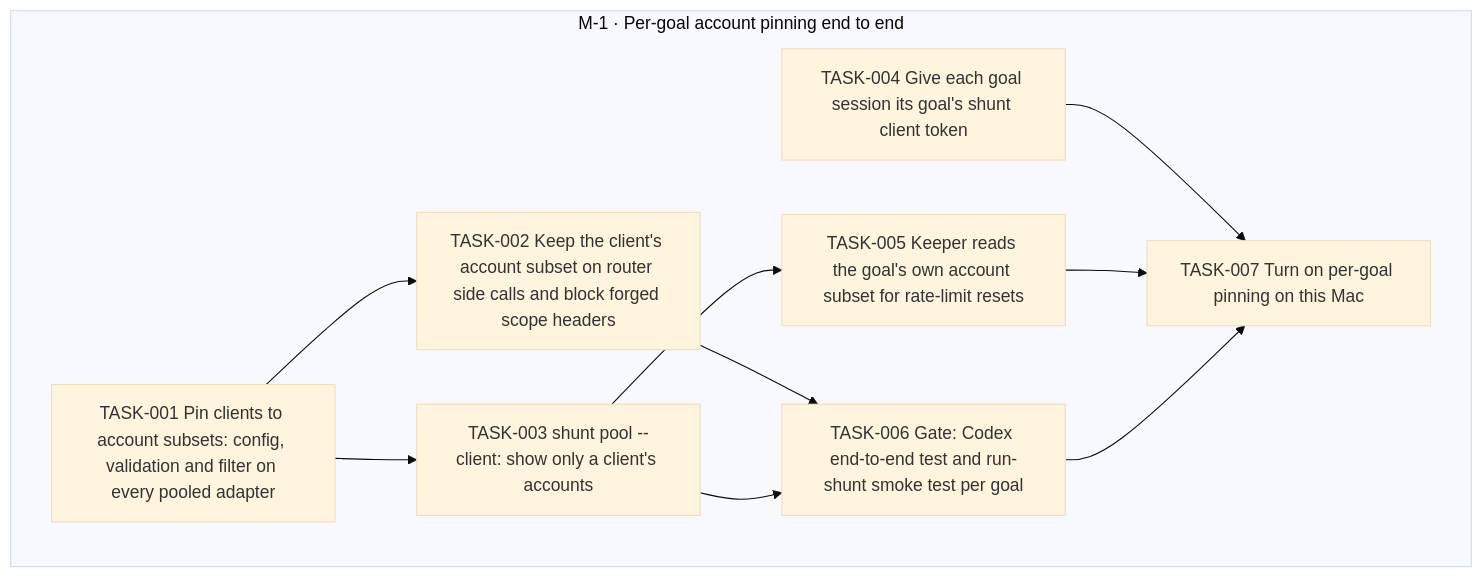
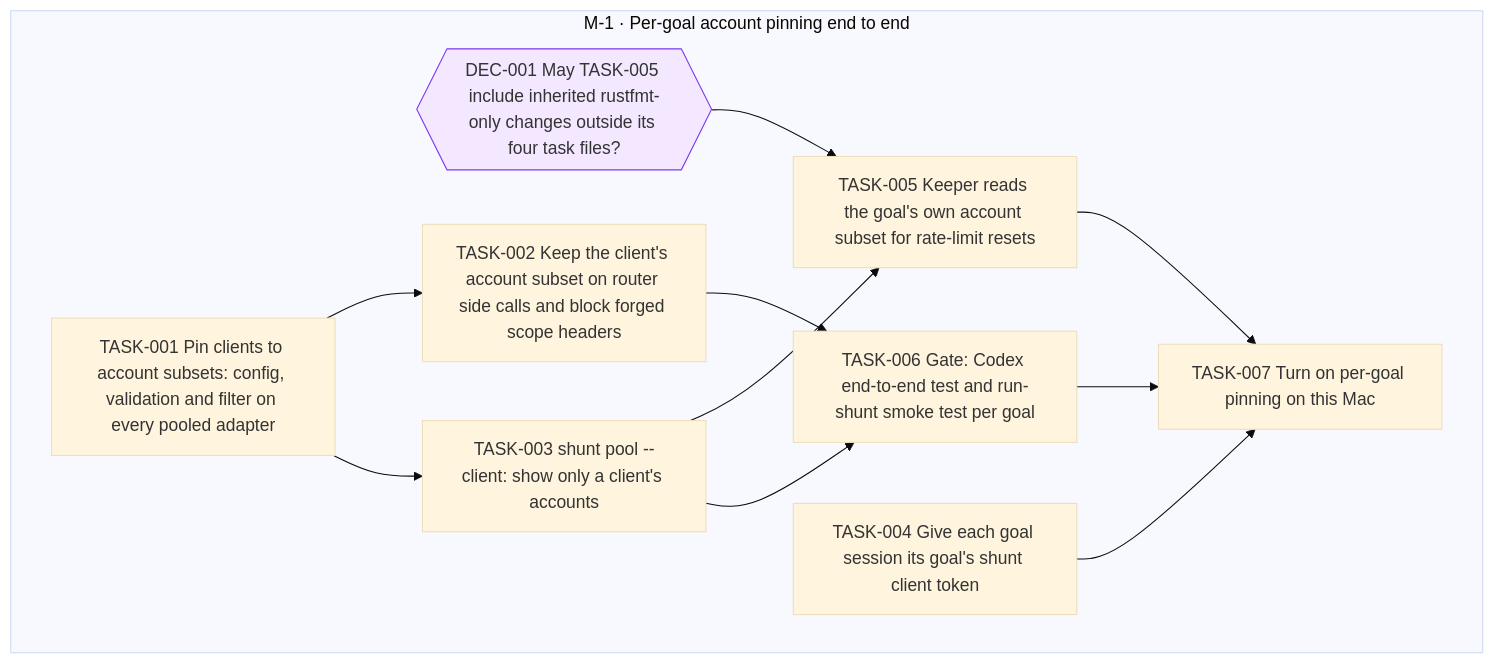
One commit to jesusvillota/shunt changed the diagram in goals/account-pinning/README.md. Above: the diagram before and after it, drawn with Mermaid (base theme). The commit also changed 3 other files, not shown here.

Commit message:
goal(account-pinning): request DEC-001 from TASK-005

````diff
--- a/goals/account-pinning/README.md
+++ b/goals/account-pinning/README.md
@@ -37,23 +37,26 @@
 ```mermaid
 flowchart TD
   subgraph M_1["M-1 · Per-goal account pinning end to end"]
+    DEC_001{{"DEC-001 May TASK-005 include inherited rustfmt-only changes outside its four task files?"}}
     TASK_001["TASK-001 Pin clients to account subsets: config, validation and filter on every pooled adapter"]
     TASK_002["TASK-002 Keep the client's account subset on router side calls and block forged scope headers"]
     TASK_003["TASK-003 shunt pool --client: show only a client's accounts"]
     TASK_004["TASK-004 Give each goal session its goal's shunt client token"]
     TASK_005["TASK-005 Keeper reads the goal's own account subset for rate-limit resets"]
     TASK_006["TASK-006 Gate: Codex end-to-end test and run-shunt smoke test per goal"]
     TASK_007["TASK-007 Turn on per-goal pinning on this Mac"]
   end
   TASK_001 --> TASK_002
   TASK_001 --> TASK_003
   TASK_003 --> TASK_005
+  DEC_001 --> TASK_005
   TASK_002 --> TASK_006
   TASK_003 --> TASK_006
   TASK_004 --> TASK_007
   TASK_005 --> TASK_007
   TASK_006 --> TASK_007
   classDef draft stroke-dasharray: 4 3
   classDef cancelled opacity:0.45
   classDef decision fill:#f3e8ff,stroke:#7c3aed
+  class DEC_001 decision
 ```
````
